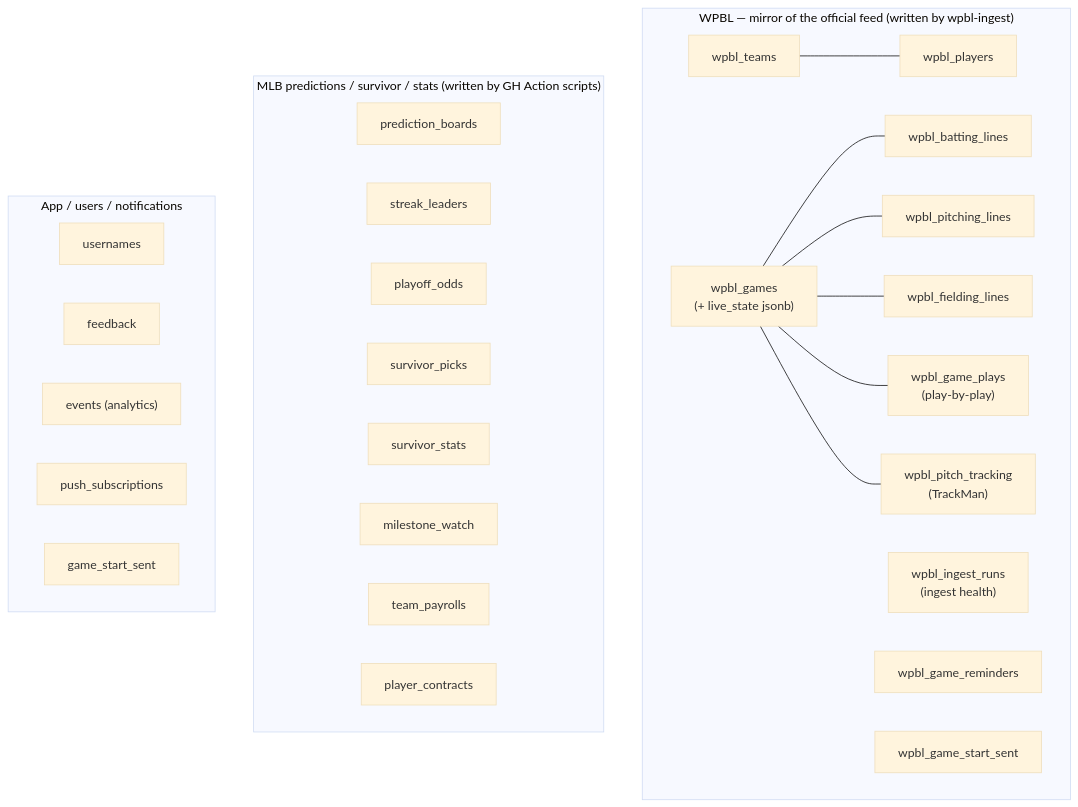
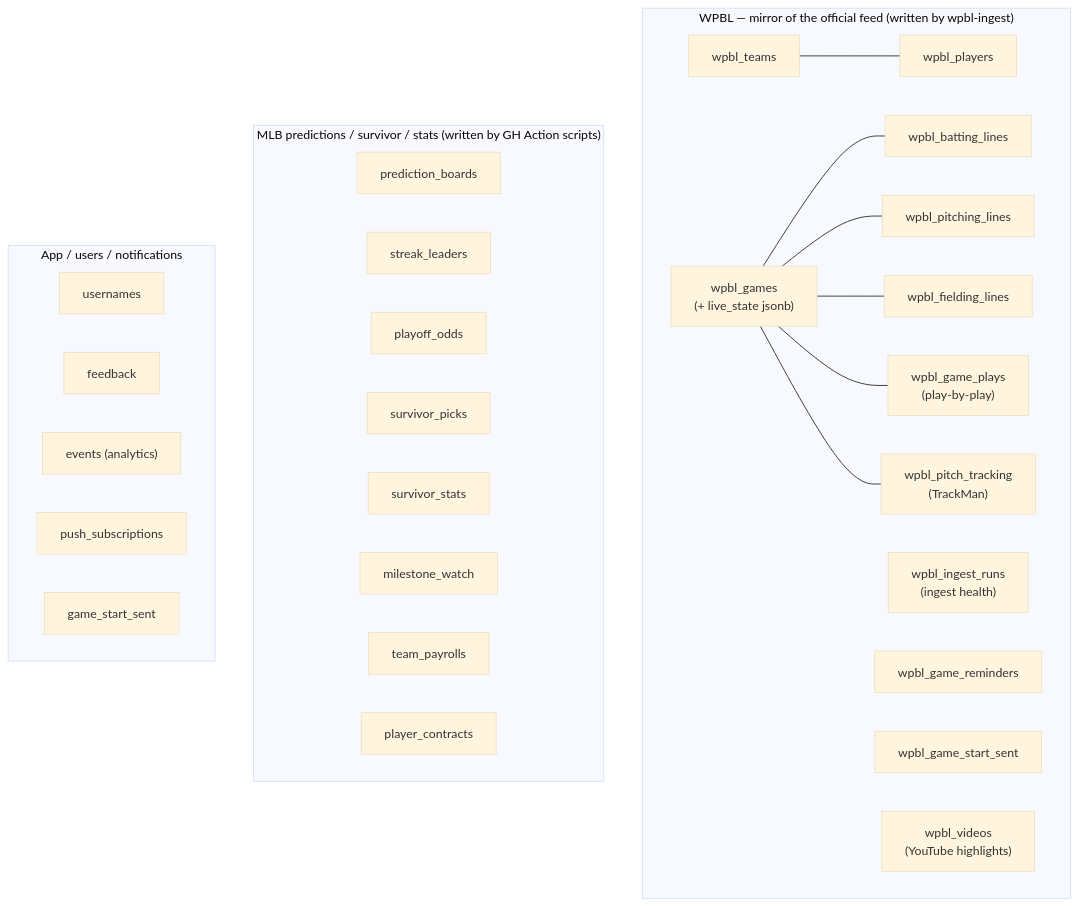
The third of 5 diagrams in ARCHITECTURE.md (sportydolphin/fun), drawn with Mermaid (base theme) before and after one commit. The commit also changed other lines of this file and 10 other files, not shown here.

First line of the commit message:
WPBL: YouTube highlights — admin-gated rail + per-game recap

````diff
--- a/ARCHITECTURE.md
+++ b/ARCHITECTURE.md
@@ -129,38 +131,39 @@
 ```mermaid
 flowchart TB
     subgraph WPBL["WPBL — mirror of the official feed (written by wpbl-ingest)"]
         t_teams["wpbl_teams"]
         t_players["wpbl_players"]
         t_games["wpbl_games<br/>(+ live_state jsonb)"]
         t_bat["wpbl_batting_lines"]
         t_pit["wpbl_pitching_lines"]
         t_field["wpbl_fielding_lines"]
         t_plays["wpbl_game_plays<br/>(play-by-play)"]
         t_track["wpbl_pitch_tracking<br/>(TrackMan)"]
         t_runs["wpbl_ingest_runs<br/>(ingest health)"]
         t_rem["wpbl_game_reminders"]
         t_wsent["wpbl_game_start_sent"]
+        t_vid["wpbl_videos<br/>(YouTube highlights)"]
     end
 
     subgraph MLB["MLB predictions / survivor / stats (written by GH Action scripts)"]
         m_boards["prediction_boards"]
         m_streaks["streak_leaders"]
         m_odds["playoff_odds"]
         m_surv["survivor_picks"]
         m_survs["survivor_stats"]
         m_mile["milestone_watch"]
         m_pay["team_payrolls"]
         m_contract["player_contracts"]
     end
 
     subgraph APP["App / users / notifications"]
         a_users["usernames"]
         a_feed["feedback"]
         a_events["events (analytics)"]
         a_push["push_subscriptions"]
         a_sent["game_start_sent"]
     end
 
     t_teams --- t_players
     t_games --- t_bat & t_pit & t_field & t_plays & t_track
 ```
````
